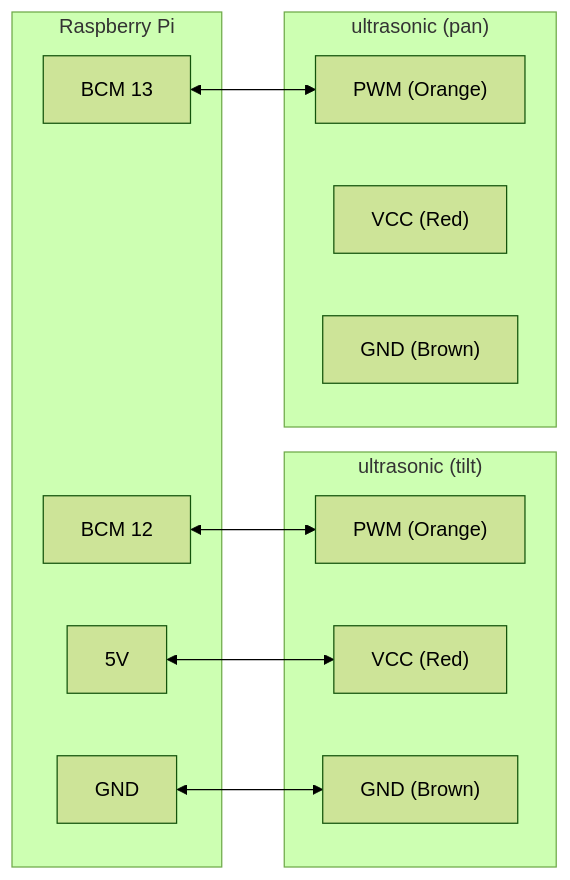
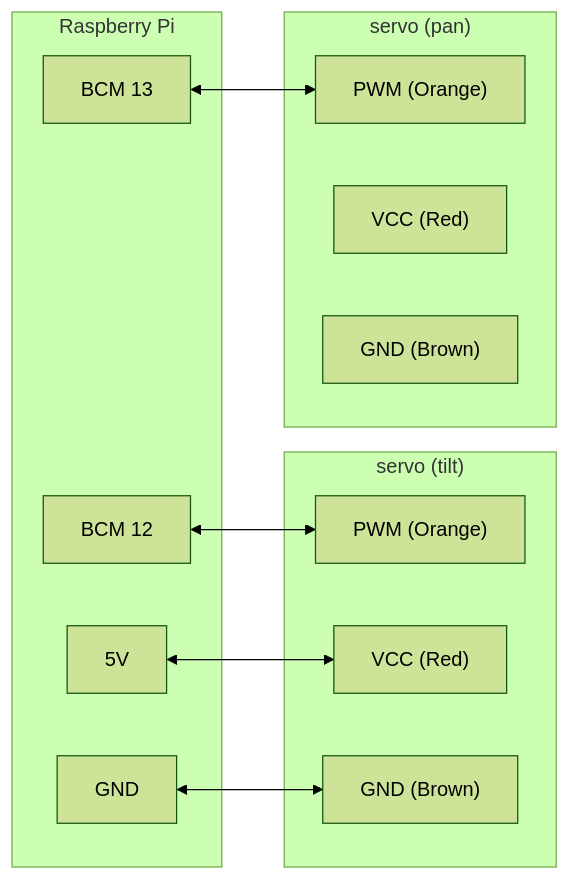
The third of 7 diagrams in README.md (lankahsu520/RPiP9), drawn with Mermaid (forest theme) before and after one commit. The commit also changed other lines of this file, not shown here.

````diff
--- a/README.md
+++ b/README.md
@@ -144,23 +150,23 @@
 ```mermaid
 flowchart LR
-	subgraph "ultrasonic (tilt)"
+	subgraph "servo (tilt)"
 		PWM_tilt["PWM (Orange)"]
 		VCC_tilt["VCC (Red)"]
 		GND_tilt["GND (Brown)"]
 	end
-	subgraph "ultrasonic (pan)"
+	subgraph "servo (pan)"
 		PWM_pan["PWM (Orange)"]
 		VCC_pan["VCC (Red)"]
 		GND_pan["GND (Brown)"]
 	end
 	subgraph "Raspberry Pi"
 		BCM12[BCM 12]
 		BCM13[BCM 13]
 		5V_PI[5V]
 		GND_PI[GND]
 	end
 	BCM12 <--> PWM_tilt
 	BCM13 <--> PWM_pan
 	5V_PI <--> VCC_tilt
 	GND_PI <--> GND_tilt
 ```
````
